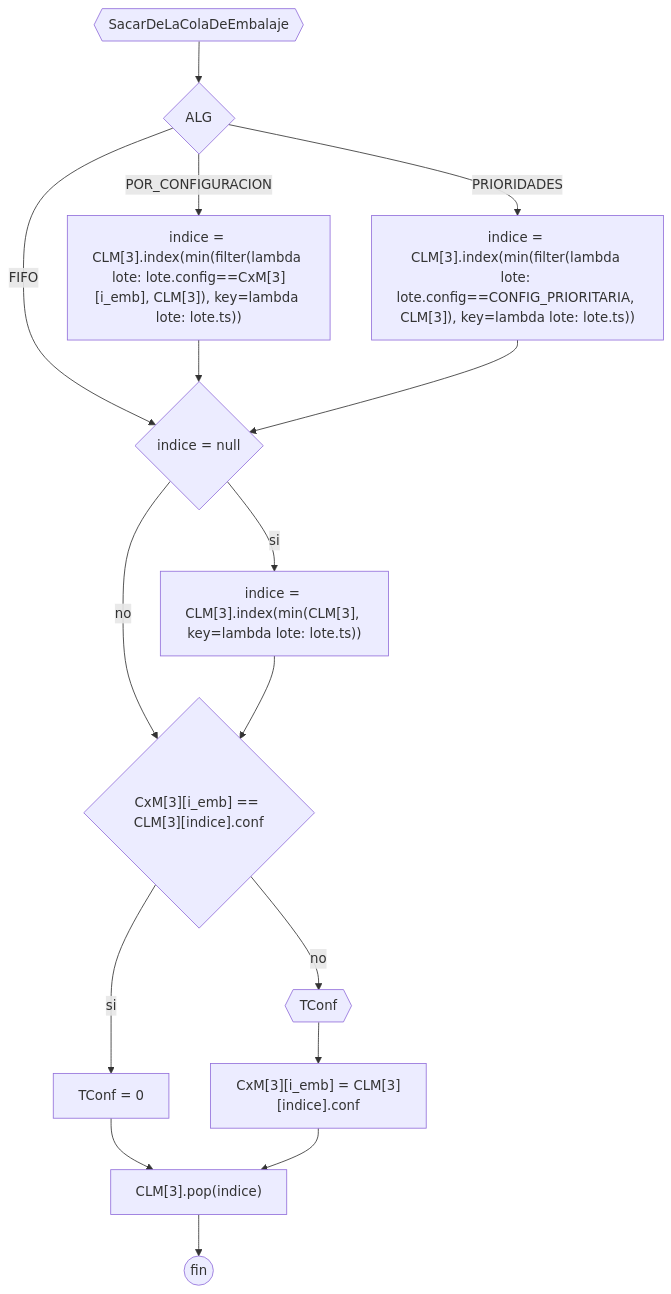
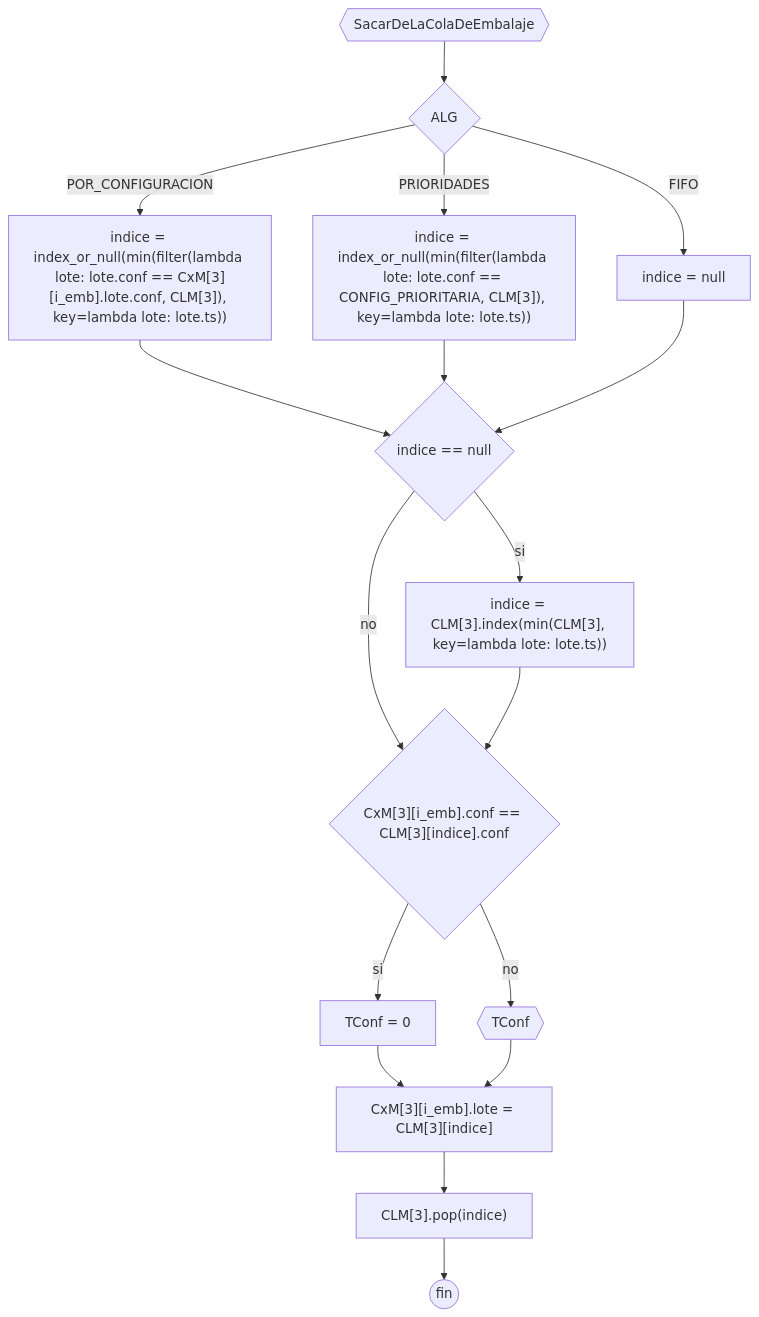
One commit to JuanManuelPrividera/TP-Simu changed the diagram in docs/Diagramas/embalaje/SacarDeLaColaDeEmbalaje.mermaid. Above: the diagram before and after it, drawn with Mermaid. The commit also changed 24 other files, not shown here.

```diff
--- a/docs/Diagramas/embalaje/SacarDeLaColaDeEmbalaje.mermaid
+++ b/docs/Diagramas/embalaje/SacarDeLaColaDeEmbalaje.mermaid
@@ -1,15 +1,16 @@
 flowchart TD
 a0{{SacarDeLaColaDeEmbalaje}} --> if{ALG}
-if --> |POR_CONFIGURACION| a2["indice = CLM[3].index(min(filter(lambda lote: lote.config==CxM[3][i_emb], CLM[3]), key=lambda lote: lote.ts))"]
-if --> |PRIORIDADES| a3["indice = CLM[3].index(min(filter(lambda lote: lote.config==CONFIG_PRIORITARIA, CLM[3]), key=lambda lote: lote.ts))"]
-if --> |FIFO| a1{indice = null}
-a1 --> |si| b["indice = CLM[3].index(min(CLM[3], key=lambda lote: lote.ts))"]
-a1 --> |no| g
-a2 --> a1
-a3 --> a1
-b --> g{"CxM[3][i_emb] == CLM[3][indice].conf"}
+if --> |POR_CONFIGURACION| a2["indice = index_or_null(min(filter(lambda lote: lote.conf == CxM[3][i_emb].lote.conf, CLM[3]), key=lambda lote: lote.ts))"]
+if --> |PRIORIDADES| a3["indice = index_or_null(min(filter(lambda lote: lote.conf == CONFIG_PRIORITARIA, CLM[3]), key=lambda lote: lote.ts))"]
+if --> |FIFO| a1["indice = null"]
+a2 --> a4
+a3 --> a4
+a1 --> a4{"indice == null"}
+a4 --> |si| b["indice = CLM[3].index(min(CLM[3], key=lambda lote: lote.ts))"]
+a4 --> |no| g
+b --> g{"CxM[3][i_emb].conf == CLM[3][indice].conf"}
 g --> |si| g1[TConf = 0]
 g --> |no| g2{{TConf}}
-g1 --> g4
-g2 --> g3["CxM[3][i_emb] = CLM[3][indice].conf"] --> g4
-g4["CLM[3].pop(indice)"] --> g5((fin))
+g1 --> g3["CxM[3][i_emb].lote = CLM[3][indice]"]
+g2 --> g3
+g3 --> g4["CLM[3].pop(indice)"] --> g5((fin))
```
